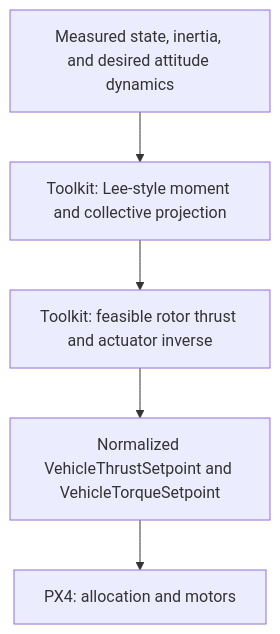
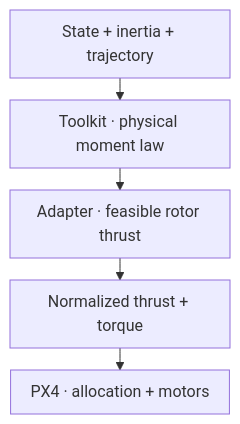
One commit to ANCL/px4-dev-toolkit changed the diagram in docs/controllers/se3/geometric-physical.md. Above: the diagram before and after it, drawn with Mermaid. The commit also changed other lines of this file and 41 other files, not shown here.

Commit message:
docs: refine typography, diagrams, and editorial presentation

````diff
--- a/docs/controllers/se3/geometric-physical.md
+++ b/docs/controllers/se3/geometric-physical.md
@@ -5,7 +5,16 @@
 ```mermaid
+---
+config:
+  flowchart:
+    useMaxWidth: false
+    wrappingWidth: 180
+    padding: 10
+    rankSpacing: 22
+    nodeSpacing: 24
+---
 flowchart TB
-    I[Measured state, inertia, and desired attitude dynamics] --> C[Toolkit: Lee-style moment and collective projection]
-    C --> W[Toolkit: feasible rotor thrust and actuator inverse]
-    W --> S[Normalized VehicleThrustSetpoint and VehicleTorqueSetpoint]
-    S --> P[PX4: allocation and motors]
+    I["State + inertia + trajectory"] --> C["Toolkit · physical moment law"]
+    C --> W["Adapter · feasible rotor thrust"]
+    W --> S["Normalized thrust + torque"]
+    S --> P["PX4 · allocation + motors"]
 ```
````
